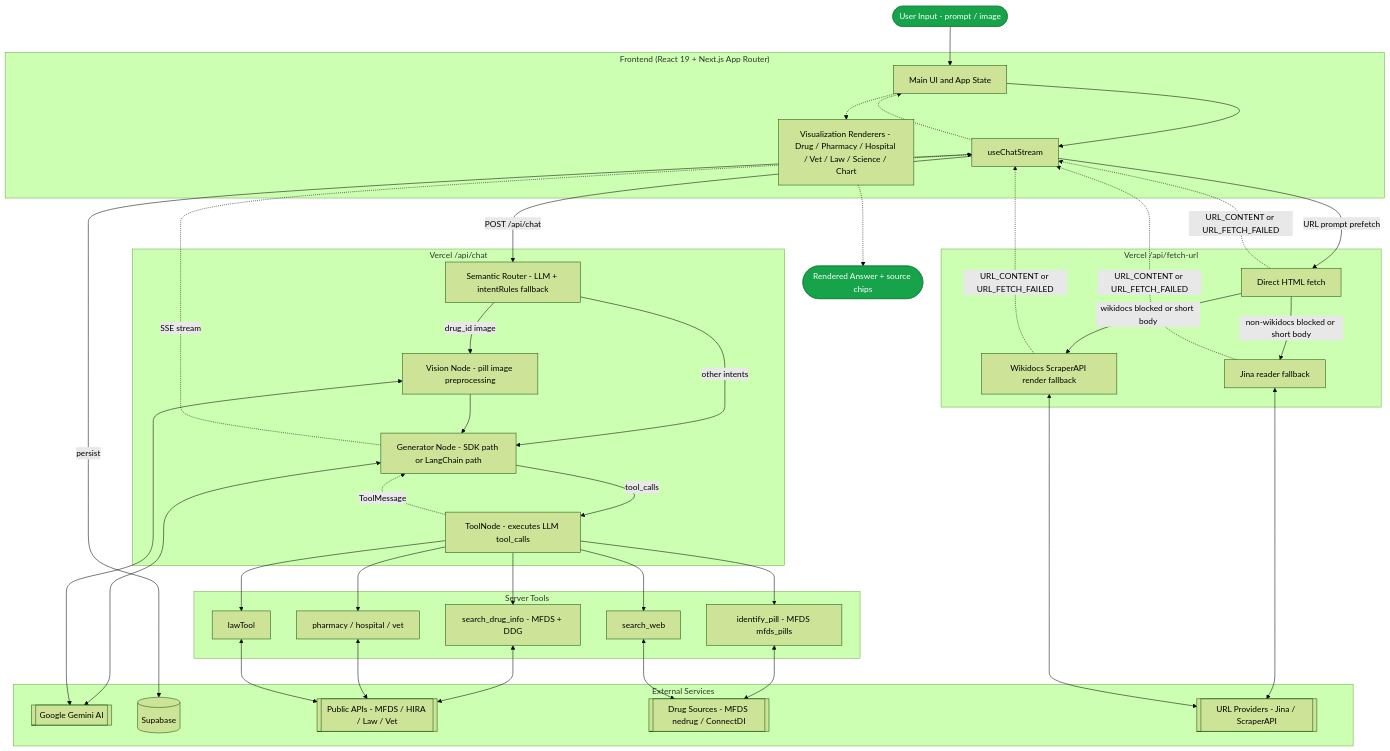
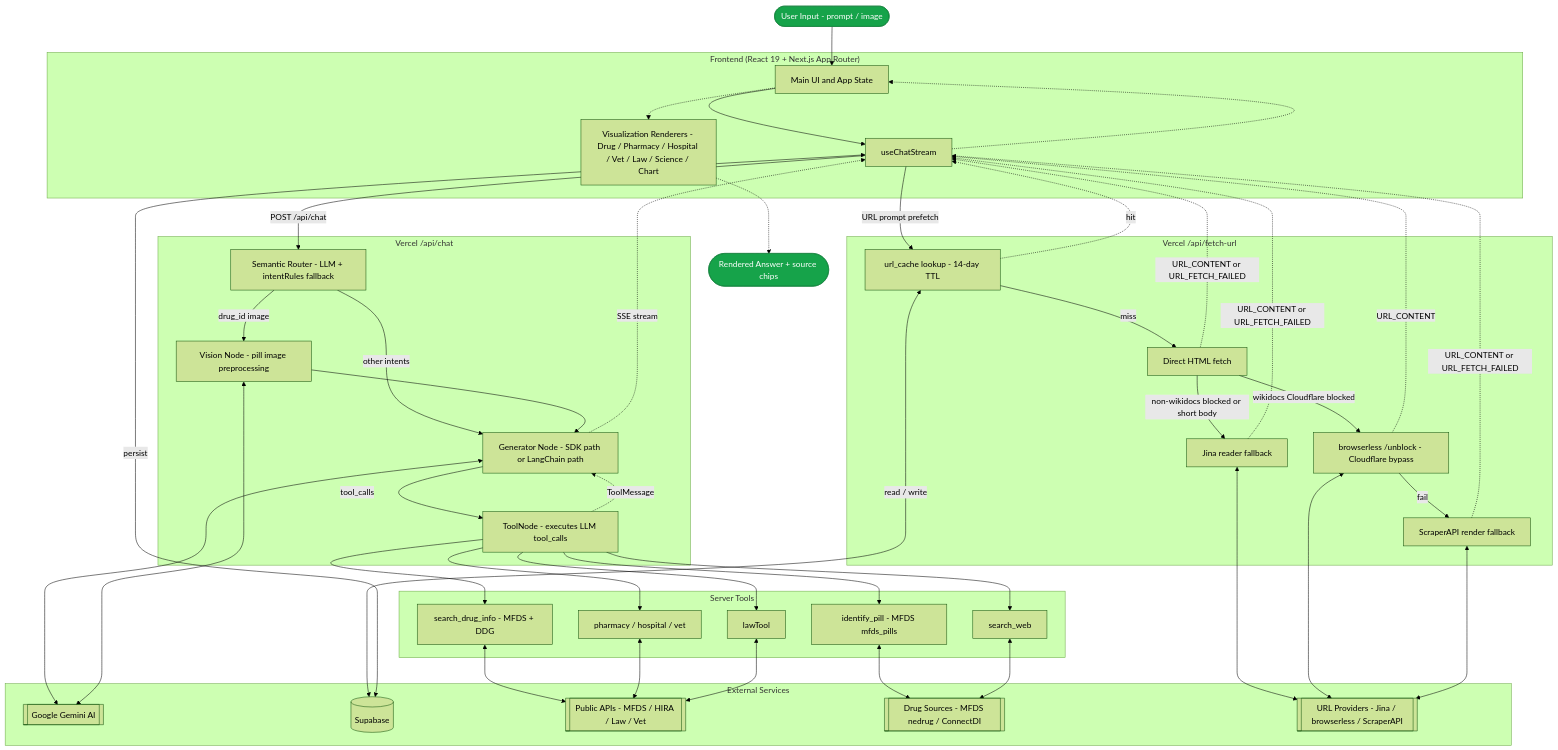
The first of 2 diagrams in README.md (jpjp92/chat-agent), drawn with Mermaid (forest theme) before and after one commit. The commit also changed other lines of this file and 1 other file, not shown here.

```diff
--- a/README.md
+++ b/README.md
@@ -95,9 +95,11 @@
     end
 
     subgraph URLFetchAPI ["Vercel /api/fetch-url"]
+        URLCache["url_cache lookup - 14-day TTL"]
         DirectFetch["Direct HTML fetch"]
         JinaFallback["Jina reader fallback"]
-        ScraperFallback["Wikidocs ScraperAPI render fallback"]
+        BrowserlessFallback["browserless /unblock - Cloudflare bypass"]
+        ScraperFallback["ScraperAPI render fallback"]
     end
 
     subgraph ChatAPI ["Vercel /api/chat"]
@@ -120,7 +122,7 @@
         Supabase[("Supabase")]
         PublicAPIs[["Public APIs - MFDS / HIRA / Law / Vet"]]
         DrugSites[["Drug Sources - MFDS nedrug / ConnectDI"]]
-        URLProviders[["URL Providers - Jina / ScraperAPI"]]
+        URLProviders[["URL Providers - Jina / browserless / ScraperAPI"]]
     end
 
     Out([Rendered Answer + source chips])
@@ -128,13 +130,19 @@
     %% Request (input) path - solid
     In --> UI
     UI --> Stream
-    Stream -->|URL prompt prefetch| DirectFetch
+    Stream -->|URL prompt prefetch| URLCache
+    URLCache -->|miss| DirectFetch
+    URLCache <-->|read / write| Supabase
     DirectFetch -->|non-wikidocs blocked or short body| JinaFallback
-    DirectFetch -->|wikidocs blocked or short body| ScraperFallback
+    DirectFetch -->|wikidocs Cloudflare blocked| BrowserlessFallback
+    BrowserlessFallback -->|fail| ScraperFallback
     JinaFallback <--> URLProviders
+    BrowserlessFallback <--> URLProviders
     ScraperFallback <--> URLProviders
+    URLCache -.->|hit| Stream
     DirectFetch -.->|URL_CONTENT or URL_FETCH_FAILED| Stream
     JinaFallback -.->|URL_CONTENT or URL_FETCH_FAILED| Stream
+    BrowserlessFallback -.->|URL_CONTENT| Stream
     ScraperFallback -.->|URL_CONTENT or URL_FETCH_FAILED| Stream
     Stream -->|POST /api/chat| Router
     Router -->|drug_id image| Vision
```
